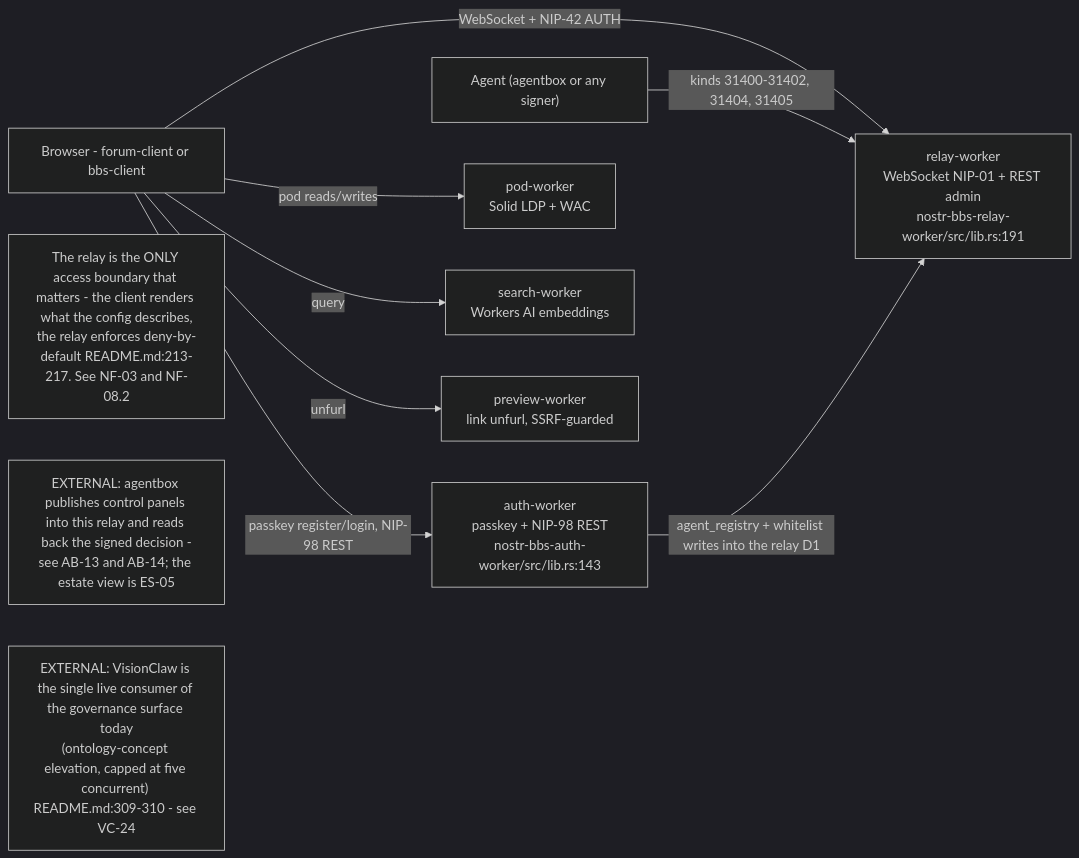
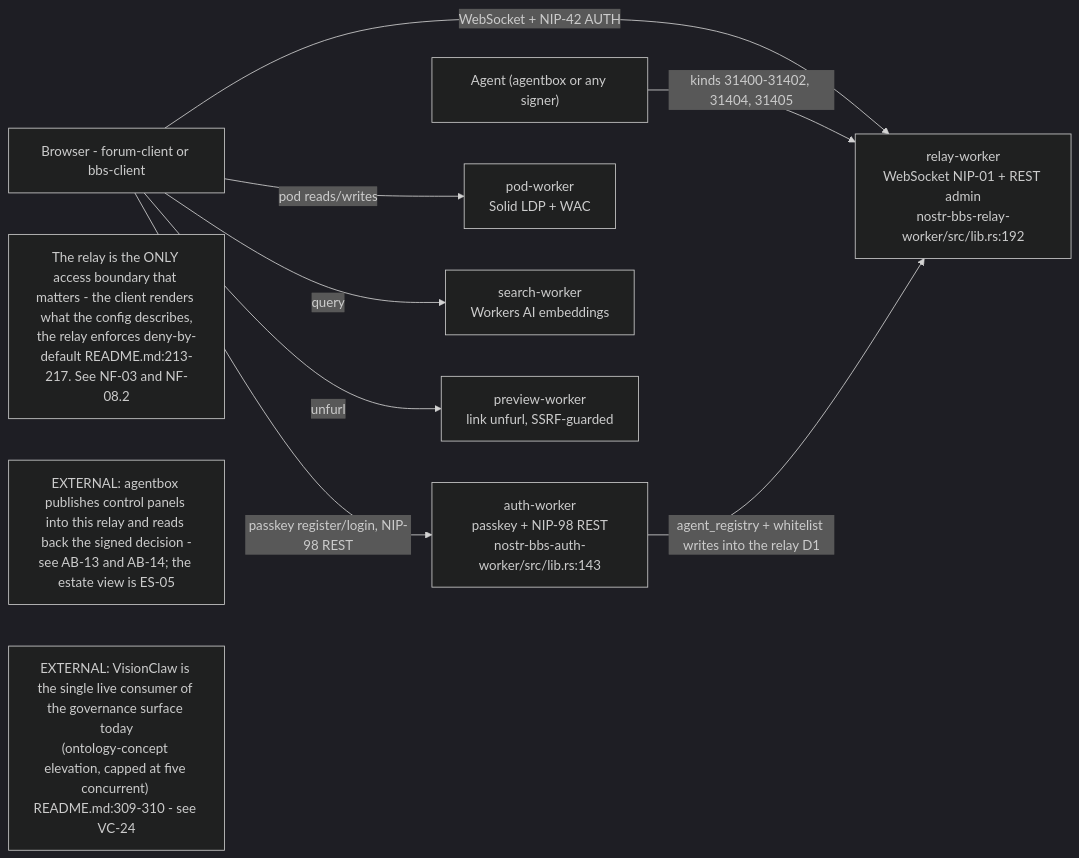
Before and after one commit to DreamLab-AI/VisionFlow: the sixth of 6 diagrams in docs/diagrams/nostr-rust-forum/01-workspace-and-worker-topology.md, drawn with Mermaid (dark theme). The commit also changed other lines of this file and 31 other files, not shown here.

````diff
--- a/docs/diagrams/nostr-rust-forum/01-workspace-and-worker-topology.md
+++ b/docs/diagrams/nostr-rust-forum/01-workspace-and-worker-topology.md
@@ -196,22 +197,22 @@
 ```mermaid
 flowchart LR
     BROWSER["Browser - forum-client or bbs-client"]
     AGENT["Agent (agentbox or any signer)"]
-    RELAYW["relay-worker<br/>WebSocket NIP-01 + REST admin<br/>nostr-bbs-relay-worker/src/lib.rs:191"]
+    RELAYW["relay-worker<br/>WebSocket NIP-01 + REST admin<br/>nostr-bbs-relay-worker/src/lib.rs:192"]
     AUTHW["auth-worker<br/>passkey + NIP-98 REST<br/>nostr-bbs-auth-worker/src/lib.rs:143"]
     PODW["pod-worker<br/>Solid LDP + WAC"]
     SEARCHW["search-worker<br/>Workers AI embeddings"]
     PREVW["preview-worker<br/>link unfurl, SSRF-guarded"]
 
     BROWSER -->|"WebSocket + NIP-42 AUTH"| RELAYW
     BROWSER -->|"passkey register/login, NIP-98 REST"| AUTHW
     BROWSER -->|"pod reads/writes"| PODW
     BROWSER -->|"query"| SEARCHW
     BROWSER -->|"unfurl"| PREVW
     AGENT -->|"kinds 31400-31402, 31404, 31405"| RELAYW
     AUTHW -->|"agent_registry + whitelist writes into the relay D1"| RELAYW
 
     N1["The relay is the ONLY access boundary that matters - the client renders what the config describes,<br/>the relay enforces deny-by-default README.md:213-217. See NF-03 and NF-08.2"]
     N2["EXTERNAL: agentbox publishes control panels into this relay and reads back the signed decision -<br/>see AB-13 and AB-14; the estate view is ES-05"]
     N3["EXTERNAL: VisionClaw is the single live consumer of the governance surface today<br/>(ontology-concept elevation, capped at five concurrent) README.md:309-310 - see VC-24"]
 ```
````
